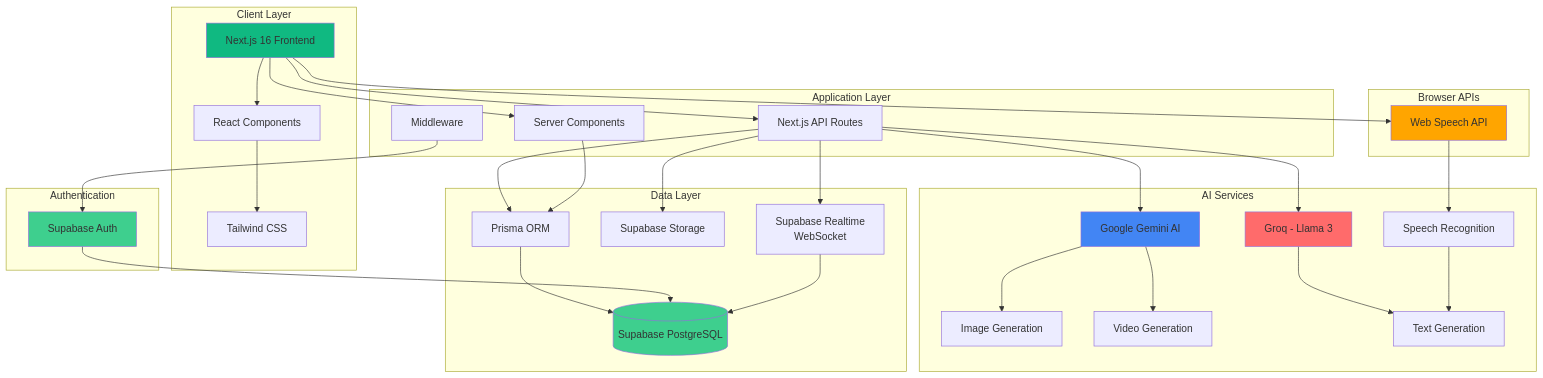
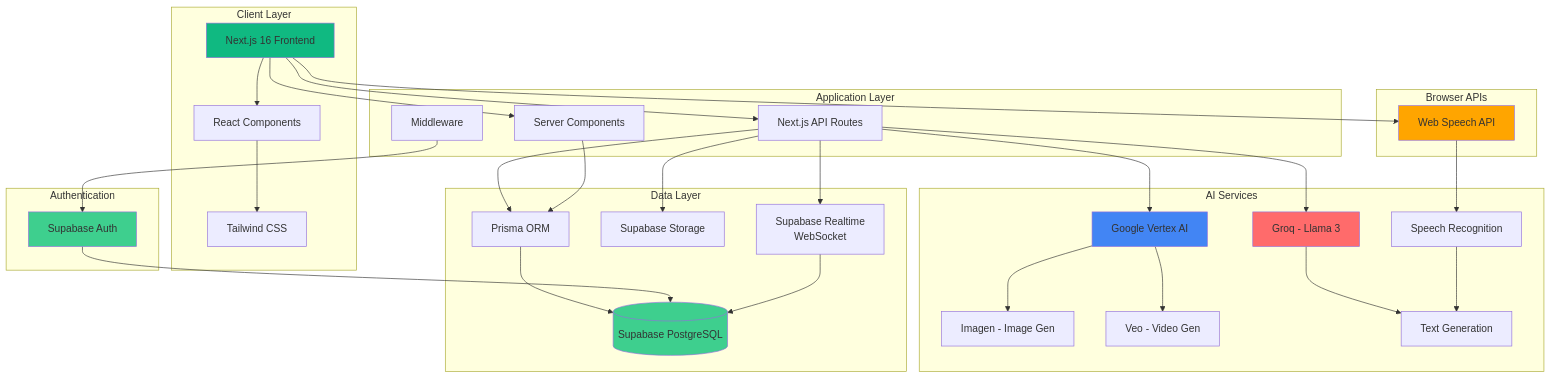
Before and after one commit to Abdullah-Shah-26/AI-X-Artisans: the diagram in README.md, drawn with Mermaid. The commit also changed other lines of this file, not shown here.

````diff
--- a/README.md
+++ b/README.md
@@ -19,66 +46,69 @@
 ```mermaid
 graph TB
     subgraph "Client Layer"
         A[Next.js 16 Frontend]
         B[React Components]
         C[Tailwind CSS]
     end
 
     subgraph "Application Layer"
         D[Next.js API Routes]
         E[Server Components]
         F[Middleware]
     end
 
     subgraph "AI Services"
-        G[Google Gemini AI]
+        VA[Google Vertex AI]
         H[Groq - Llama 3]
-        I[Image Generation]
-        J[Video Generation]
+        I[Imagen - Image Gen]
+        J[Veo - Video Gen]
         K[Text Generation]
         SR[Speech Recognition]
     end
 
     subgraph "Browser APIs"
         L[Web Speech API]
     end
 
     subgraph "Data Layer"
         M[(Supabase PostgreSQL)]
         N[Prisma ORM]
         O[Supabase Storage]
         Q[Supabase Realtime<br/>WebSocket]
     end
 
     subgraph "Authentication"
         P[Supabase Auth]
     end
 
     A --> B
     B --> C
     A --> D
     A --> E
     A --> L
     D --> N
     E --> N
     N --> M
-    D --> G
+    D --> VA
     D --> H
     D --> O
     D --> Q
     F --> P
     P --> M
-    G --> I
-    G --> J
+    VA --> I
+    VA --> J
     H --> K
     L --> SR
     SR --> K
     Q --> M
 
     style A fill:#10b981
-    style G fill:#4285f4
+    style VA fill:#4285f4
     style H fill:#ff6b6b
     style L fill:#ffa500
     style M fill:#3ecf8e
     style P fill:#3ecf8e
+    style L fill:#ffa500
+    style M fill:#3ecf8e
+    style P fill:#3ecf8e
 ```
````
